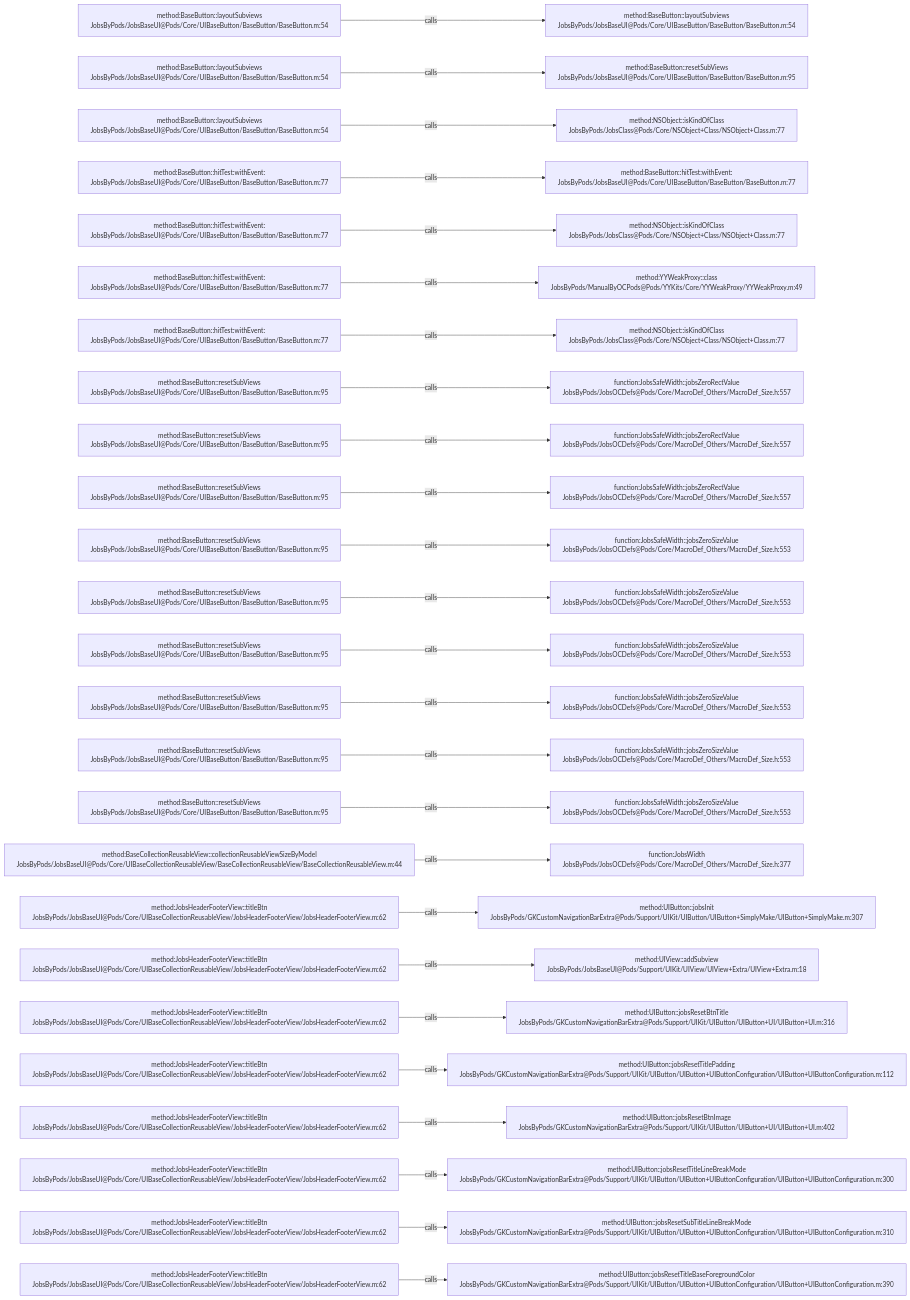
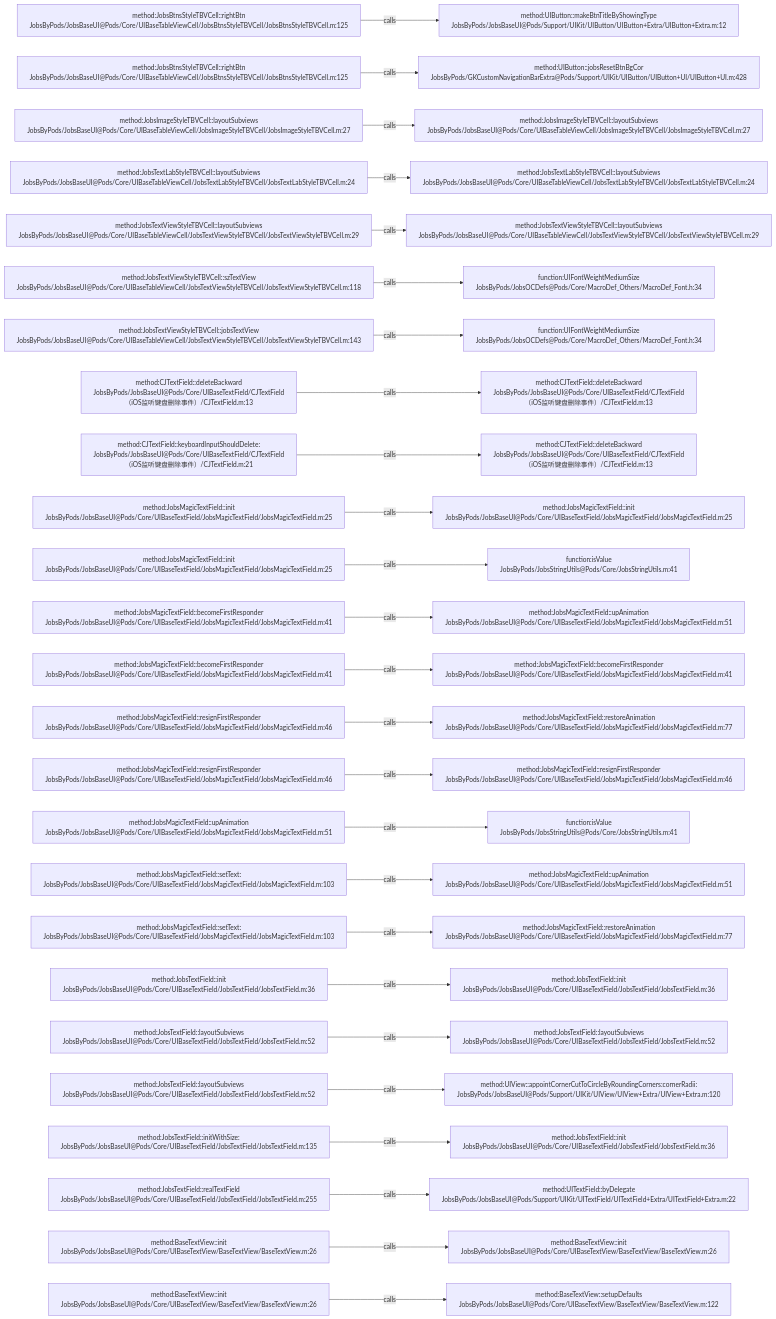
The diagram in .codegraph/codegraph.md/graphs/calls-032.md (JobsKits/JobsOCBaseConfigDemo), drawn with Mermaid before and after one commit. The commit also changed 1026 other files, not shown here.

````diff
--- a/.codegraph/codegraph.md/graphs/calls-032.md
+++ b/.codegraph/codegraph.md/graphs/calls-032.md
@@ -13,78 +13,78 @@
 ```mermaid
 flowchart LR
-  S1["method:BaseButton::layoutSubviews<br/>JobsByPods/JobsBaseUI@Pods/Core/UIBaseButton/BaseButton/BaseButton.m:54"]
-  T1["method:BaseButton::layoutSubviews<br/>JobsByPods/JobsBaseUI@Pods/Core/UIBaseButton/BaseButton/BaseButton.m:54"]
+  S1["method:JobsBtnsStyleTBVCell::rightBtn<br/>JobsByPods/JobsBaseUI@Pods/Core/UIBaseTableViewCell/JobsBtnsStyleTBVCell/JobsBtnsStyleTBVCell.m:125"]
+  T1["method:UIButton::makeBtnTitleByShowingType<br/>JobsByPods/JobsBaseUI@Pods/Support/UIKit/UIButton/UIButton+Extra/UIButton+Extra.m:12"]
   S1 -->|calls| T1
-  S2["method:BaseButton::layoutSubviews<br/>JobsByPods/JobsBaseUI@Pods/Core/UIBaseButton/BaseButton/BaseButton.m:54"]
-  T2["method:BaseButton::resetSubViews<br/>JobsByPods/JobsBaseUI@Pods/Core/UIBaseButton/BaseButton/BaseButton.m:95"]
+  S2["method:JobsBtnsStyleTBVCell::rightBtn<br/>JobsByPods/JobsBaseUI@Pods/Core/UIBaseTableViewCell/JobsBtnsStyleTBVCell/JobsBtnsStyleTBVCell.m:125"]
+  T2["method:UIButton::jobsResetBtnBgCor<br/>JobsByPods/GKCustomNavigationBarExtra@Pods/Support/UIKit/UIButton/UIButton+UI/UIButton+UI.m:428"]
   S2 -->|calls| T2
-  S3["method:BaseButton::layoutSubviews<br/>JobsByPods/JobsBaseUI@Pods/Core/UIBaseButton/BaseButton/BaseButton.m:54"]
-  T3["method:NSObject::isKindOfClass<br/>JobsByPods/JobsClass@Pods/Core/NSObject+Class/NSObject+Class.m:77"]
+  S3["method:JobsImageStyleTBVCell::layoutSubviews<br/>JobsByPods/JobsBaseUI@Pods/Core/UIBaseTableViewCell/JobsImageStyleTBVCell/JobsImageStyleTBVCell.m:27"]
+  T3["method:JobsImageStyleTBVCell::layoutSubviews<br/>JobsByPods/JobsBaseUI@Pods/Core/UIBaseTableViewCell/JobsImageStyleTBVCell/JobsImageStyleTBVCell.m:27"]
   S3 -->|calls| T3
-  S4["method:BaseButton::hitTest:withEvent:<br/>JobsByPods/JobsBaseUI@Pods/Core/UIBaseButton/BaseButton/BaseButton.m:77"]
-  T4["method:BaseButton::hitTest:withEvent:<br/>JobsByPods/JobsBaseUI@Pods/Core/UIBaseButton/BaseButton/BaseButton.m:77"]
+  S4["method:JobsTextLabStyleTBVCell::layoutSubviews<br/>JobsByPods/JobsBaseUI@Pods/Core/UIBaseTableViewCell/JobsTextLabStyleTBVCell/JobsTextLabStyleTBVCell.m:24"]
+  T4["method:JobsTextLabStyleTBVCell::layoutSubviews<br/>JobsByPods/JobsBaseUI@Pods/Core/UIBaseTableViewCell/JobsTextLabStyleTBVCell/JobsTextLabStyleTBVCell.m:24"]
   S4 -->|calls| T4
-  S5["method:BaseButton::hitTest:withEvent:<br/>JobsByPods/JobsBaseUI@Pods/Core/UIBaseButton/BaseButton/BaseButton.m:77"]
-  T5["method:NSObject::isKindOfClass<br/>JobsByPods/JobsClass@Pods/Core/NSObject+Class/NSObject+Class.m:77"]
+  S5["method:JobsTextViewStyleTBVCell::layoutSubviews<br/>JobsByPods/JobsBaseUI@Pods/Core/UIBaseTableViewCell/JobsTextViewStyleTBVCell/JobsTextViewStyleTBVCell.m:29"]
+  T5["method:JobsTextViewStyleTBVCell::layoutSubviews<br/>JobsByPods/JobsBaseUI@Pods/Core/UIBaseTableViewCell/JobsTextViewStyleTBVCell/JobsTextViewStyleTBVCell.m:29"]
   S5 -->|calls| T5
-  S6["method:BaseButton::hitTest:withEvent:<br/>JobsByPods/JobsBaseUI@Pods/Core/UIBaseButton/BaseButton/BaseButton.m:77"]
-  T6["method:YYWeakProxy::class<br/>JobsByPods/ManualByOCPods@Pods/YYKits/Core/YYWeakProxy/YYWeakProxy.m:49"]
+  S6["method:JobsTextViewStyleTBVCell::szTextView<br/>JobsByPods/JobsBaseUI@Pods/Core/UIBaseTableViewCell/JobsTextViewStyleTBVCell/JobsTextViewStyleTBVCell.m:118"]
+  T6["function:UIFontWeightMediumSize<br/>JobsByPods/JobsOCDefs@Pods/Core/MacroDef_Others/MacroDef_Font.h:34"]
   S6 -->|calls| T6
-  S7["method:BaseButton::hitTest:withEvent:<br/>JobsByPods/JobsBaseUI@Pods/Core/UIBaseButton/BaseButton/BaseButton.m:77"]
-  T7["method:NSObject::isKindOfClass<br/>JobsByPods/JobsClass@Pods/Core/NSObject+Class/NSObject+Class.m:77"]
+  S7["method:JobsTextViewStyleTBVCell::jobsTextView<br/>JobsByPods/JobsBaseUI@Pods/Core/UIBaseTableViewCell/JobsTextViewStyleTBVCell/JobsTextViewStyleTBVCell.m:143"]
+  T7["function:UIFontWeightMediumSize<br/>JobsByPods/JobsOCDefs@Pods/Core/MacroDef_Others/MacroDef_Font.h:34"]
   S7 -->|calls| T7
-  S8["method:BaseButton::resetSubViews<br/>JobsByPods/JobsBaseUI@Pods/Core/UIBaseButton/BaseButton/BaseButton.m:95"]
-  T8["function:JobsSafeWidth::jobsZeroRectValue<br/>JobsByPods/JobsOCDefs@Pods/Core/MacroDef_Others/MacroDef_Size.h:557"]
+  S8["method:CJTextField::deleteBackward<br/>JobsByPods/JobsBaseUI@Pods/Core/UIBaseTextField/CJTextField（iOS监听键盘删除事件）/CJTextField.m:13"]
+  T8["method:CJTextField::deleteBackward<br/>JobsByPods/JobsBaseUI@Pods/Core/UIBaseTextField/CJTextField（iOS监听键盘删除事件）/CJTextField.m:13"]
   S8 -->|calls| T8
-  S9["method:BaseButton::resetSubViews<br/>JobsByPods/JobsBaseUI@Pods/Core/UIBaseButton/BaseButton/BaseButton.m:95"]
-  T9["function:JobsSafeWidth::jobsZeroRectValue<br/>JobsByPods/JobsOCDefs@Pods/Core/MacroDef_Others/MacroDef_Size.h:557"]
+  S9["method:CJTextField::keyboardInputShouldDelete:<br/>JobsByPods/JobsBaseUI@Pods/Core/UIBaseTextField/CJTextField（iOS监听键盘删除事件）/CJTextField.m:21"]
+  T9["method:CJTextField::deleteBackward<br/>JobsByPods/JobsBaseUI@Pods/Core/UIBaseTextField/CJTextField（iOS监听键盘删除事件）/CJTextField.m:13"]
   S9 -->|calls| T9
-  S10["method:BaseButton::resetSubViews<br/>JobsByPods/JobsBaseUI@Pods/Core/UIBaseButton/BaseButton/BaseButton.m:95"]
-  T10["function:JobsSafeWidth::jobsZeroRectValue<br/>JobsByPods/JobsOCDefs@Pods/Core/MacroDef_Others/MacroDef_Size.h:557"]
+  S10["method:JobsMagicTextField::init<br/>JobsByPods/JobsBaseUI@Pods/Core/UIBaseTextField/JobsMagicTextField/JobsMagicTextField.m:25"]
+  T10["method:JobsMagicTextField::init<br/>JobsByPods/JobsBaseUI@Pods/Core/UIBaseTextField/JobsMagicTextField/JobsMagicTextField.m:25"]
   S10 -->|calls| T10
-  S11["method:BaseButton::resetSubViews<br/>JobsByPods/JobsBaseUI@Pods/Core/UIBaseButton/BaseButton/BaseButton.m:95"]
-  T11["function:JobsSafeWidth::jobsZeroSizeValue<br/>JobsByPods/JobsOCDefs@Pods/Core/MacroDef_Others/MacroDef_Size.h:553"]
+  S11["method:JobsMagicTextField::init<br/>JobsByPods/JobsBaseUI@Pods/Core/UIBaseTextField/JobsMagicTextField/JobsMagicTextField.m:25"]
+  T11["function:isValue<br/>JobsByPods/JobsStringUtils@Pods/Core/JobsStringUtils.m:41"]
   S11 -->|calls| T11
-  S12["method:BaseButton::resetSubViews<br/>JobsByPods/JobsBaseUI@Pods/Core/UIBaseButton/BaseButton/BaseButton.m:95"]
-  T12["function:JobsSafeWidth::jobsZeroSizeValue<br/>JobsByPods/JobsOCDefs@Pods/Core/MacroDef_Others/MacroDef_Size.h:553"]
+  S12["method:JobsMagicTextField::becomeFirstResponder<br/>JobsByPods/JobsBaseUI@Pods/Core/UIBaseTextField/JobsMagicTextField/JobsMagicTextField.m:41"]
+  T12["method:JobsMagicTextField::upAnimation<br/>JobsByPods/JobsBaseUI@Pods/Core/UIBaseTextField/JobsMagicTextField/JobsMagicTextField.m:51"]
   S12 -->|calls| T12
-  S13["method:BaseButton::resetSubViews<br/>JobsByPods/JobsBaseUI@Pods/Core/UIBaseButton/BaseButton/BaseButton.m:95"]
-  T13["function:JobsSafeWidth::jobsZeroSizeValue<br/>JobsByPods/JobsOCDefs@Pods/Core/MacroDef_Others/MacroDef_Size.h:553"]
+  S13["method:JobsMagicTextField::becomeFirstResponder<br/>JobsByPods/JobsBaseUI@Pods/Core/UIBaseTextField/JobsMagicTextField/JobsMagicTextField.m:41"]
+  T13["method:JobsMagicTextField::becomeFirstResponder<br/>JobsByPods/JobsBaseUI@Pods/Core/UIBaseTextField/JobsMagicTextField/JobsMagicTextField.m:41"]
   S13 -->|calls| T13
-  S14["method:BaseButton::resetSubViews<br/>JobsByPods/JobsBaseUI@Pods/Core/UIBaseButton/BaseButton/BaseButton.m:95"]
-  T14["function:JobsSafeWidth::jobsZeroSizeValue<br/>JobsByPods/JobsOCDefs@Pods/Core/MacroDef_Others/MacroDef_Size.h:553"]
+  S14["method:JobsMagicTextField::resignFirstResponder<br/>JobsByPods/JobsBaseUI@Pods/Core/UIBaseTextField/JobsMagicTextField/JobsMagicTextField.m:46"]
+  T14["method:JobsMagicTextField::restoreAnimation<br/>JobsByPods/JobsBaseUI@Pods/Core/UIBaseTextField/JobsMagicTextField/JobsMagicTextField.m:77"]
   S14 -->|calls| T14
-  S15["method:BaseButton::resetSubViews<br/>JobsByPods/JobsBaseUI@Pods/Core/UIBaseButton/BaseButton/BaseButton.m:95"]
-  T15["function:JobsSafeWidth::jobsZeroSizeValue<br/>JobsByPods/JobsOCDefs@Pods/Core/MacroDef_Others/MacroDef_Size.h:553"]
+  S15["method:JobsMagicTextField::resignFirstResponder<br/>JobsByPods/JobsBaseUI@Pods/Core/UIBaseTextField/JobsMagicTextField/JobsMagicTextField.m:46"]
+  T15["method:JobsMagicTextField::resignFirstResponder<br/>JobsByPods/JobsBaseUI@Pods/Core/UIBaseTextField/JobsMagicTextField/JobsMagicTextField.m:46"]
   S15 -->|calls| T15
-  S16["method:BaseButton::resetSubViews<br/>JobsByPods/JobsBaseUI@Pods/Core/UIBaseButton/BaseButton/BaseButton.m:95"]
-  T16["function:JobsSafeWidth::jobsZeroSizeValue<br/>JobsByPods/JobsOCDefs@Pods/Core/MacroDef_Others/MacroDef_Size.h:553"]
+  S16["method:JobsMagicTextField::upAnimation<br/>JobsByPods/JobsBaseUI@Pods/Core/UIBaseTextField/JobsMagicTextField/JobsMagicTextField.m:51"]
+  T16["function:isValue<br/>JobsByPods/JobsStringUtils@Pods/Core/JobsStringUtils.m:41"]
   S16 -->|calls| T16
-  S17["method:BaseCollectionReusableView::collectionReusableViewSizeByModel<br/>JobsByPods/JobsBaseUI@Pods/Core/UIBaseCollectionReusableView/BaseCollectionReusableView/BaseCollectionReusableView.m:44"]
-  T17["function:JobsWidth<br/>JobsByPods/JobsOCDefs@Pods/Core/MacroDef_Others/MacroDef_Size.h:377"]
+  S17["method:JobsMagicTextField::setText:<br/>JobsByPods/JobsBaseUI@Pods/Core/UIBaseTextField/JobsMagicTextField/JobsMagicTextField.m:103"]
+  T17["method:JobsMagicTextField::upAnimation<br/>JobsByPods/JobsBaseUI@Pods/Core/UIBaseTextField/JobsMagicTextField/JobsMagicTextField.m:51"]
   S17 -->|calls| T17
-  S18["method:JobsHeaderFooterView::titleBtn<br/>JobsByPods/JobsBaseUI@Pods/Core/UIBaseCollectionReusableView/JobsHeaderFooterView/JobsHeaderFooterView.m:62"]
-  T18["method:UIButton::jobsInit<br/>JobsByPods/GKCustomNavigationBarExtra@Pods/Support/UIKit/UIButton/UIButton+SimplyMake/UIButton+SimplyMake.m:307"]
+  S18["method:JobsMagicTextField::setText:<br/>JobsByPods/JobsBaseUI@Pods/Core/UIBaseTextField/JobsMagicTextField/JobsMagicTextField.m:103"]
+  T18["method:JobsMagicTextField::restoreAnimation<br/>JobsByPods/JobsBaseUI@Pods/Core/UIBaseTextField/JobsMagicTextField/JobsMagicTextField.m:77"]
   S18 -->|calls| T18
-  S19["method:JobsHeaderFooterView::titleBtn<br/>JobsByPods/JobsBaseUI@Pods/Core/UIBaseCollectionReusableView/JobsHeaderFooterView/JobsHeaderFooterView.m:62"]
-  T19["method:UIView::addSubview<br/>JobsByPods/JobsBaseUI@Pods/Support/UIKit/UIView/UIView+Extra/UIView+Extra.m:18"]
+  S19["method:JobsTextField::init<br/>JobsByPods/JobsBaseUI@Pods/Core/UIBaseTextField/JobsTextField/JobsTextField.m:36"]
+  T19["method:JobsTextField::init<br/>JobsByPods/JobsBaseUI@Pods/Core/UIBaseTextField/JobsTextField/JobsTextField.m:36"]
   S19 -->|calls| T19
-  S20["method:JobsHeaderFooterView::titleBtn<br/>JobsByPods/JobsBaseUI@Pods/Core/UIBaseCollectionReusableView/JobsHeaderFooterView/JobsHeaderFooterView.m:62"]
-  T20["method:UIButton::jobsResetBtnTitle<br/>JobsByPods/GKCustomNavigationBarExtra@Pods/Support/UIKit/UIButton/UIButton+UI/UIButton+UI.m:316"]
+  S20["method:JobsTextField::layoutSubviews<br/>JobsByPods/JobsBaseUI@Pods/Core/UIBaseTextField/JobsTextField/JobsTextField.m:52"]
+  T20["method:JobsTextField::layoutSubviews<br/>JobsByPods/JobsBaseUI@Pods/Core/UIBaseTextField/JobsTextField/JobsTextField.m:52"]
   S20 -->|calls| T20
-  S21["method:JobsHeaderFooterView::titleBtn<br/>JobsByPods/JobsBaseUI@Pods/Core/UIBaseCollectionReusableView/JobsHeaderFooterView/JobsHeaderFooterView.m:62"]
-  T21["method:UIButton::jobsResetTitlePadding<br/>JobsByPods/GKCustomNavigationBarExtra@Pods/Support/UIKit/UIButton/UIButton+UIButtonConfiguration/UIButton+UIButtonConfiguration.m:112"]
+  S21["method:JobsTextField::layoutSubviews<br/>JobsByPods/JobsBaseUI@Pods/Core/UIBaseTextField/JobsTextField/JobsTextField.m:52"]
+  T21["method:UIView::appointCornerCutToCircleByRoundingCorners:cornerRadii:<br/>JobsByPods/JobsBaseUI@Pods/Support/UIKit/UIView/UIView+Extra/UIView+Extra.m:120"]
   S21 -->|calls| T21
-  S22["method:JobsHeaderFooterView::titleBtn<br/>JobsByPods/JobsBaseUI@Pods/Core/UIBaseCollectionReusableView/JobsHeaderFooterView/JobsHeaderFooterView.m:62"]
-  T22["method:UIButton::jobsResetBtnImage<br/>JobsByPods/GKCustomNavigationBarExtra@Pods/Support/UIKit/UIButton/UIButton+UI/UIButton+UI.m:402"]
+  S22["method:JobsTextField::initWithSize:<br/>JobsByPods/JobsBaseUI@Pods/Core/UIBaseTextField/JobsTextField/JobsTextField.m:135"]
+  T22["method:JobsTextField::init<br/>JobsByPods/JobsBaseUI@Pods/Core/UIBaseTextField/JobsTextField/JobsTextField.m:36"]
   S22 -->|calls| T22
-  S23["method:JobsHeaderFooterView::titleBtn<br/>JobsByPods/JobsBaseUI@Pods/Core/UIBaseCollectionReusableView/JobsHeaderFooterView/JobsHeaderFooterView.m:62"]
-  T23["method:UIButton::jobsResetTitleLineBreakMode<br/>JobsByPods/GKCustomNavigationBarExtra@Pods/Support/UIKit/UIButton/UIButton+UIButtonConfiguration/UIButton+UIButtonConfiguration.m:300"]
+  S23["method:JobsTextField::realTextField<br/>JobsByPods/JobsBaseUI@Pods/Core/UIBaseTextField/JobsTextField/JobsTextField.m:255"]
+  T23["method:UITextField::byDelegate<br/>JobsByPods/JobsBaseUI@Pods/Support/UIKit/UITextField/UITextField+Extra/UITextField+Extra.m:22"]
   S23 -->|calls| T23
-  S24["method:JobsHeaderFooterView::titleBtn<br/>JobsByPods/JobsBaseUI@Pods/Core/UIBaseCollectionReusableView/JobsHeaderFooterView/JobsHeaderFooterView.m:62"]
-  T24["method:UIButton::jobsResetSubTitleLineBreakMode<br/>JobsByPods/GKCustomNavigationBarExtra@Pods/Support/UIKit/UIButton/UIButton+UIButtonConfiguration/UIButton+UIButtonConfiguration.m:310"]
+  S24["method:BaseTextView::init<br/>JobsByPods/JobsBaseUI@Pods/Core/UIBaseTextView/BaseTextView/BaseTextView.m:26"]
+  T24["method:BaseTextView::init<br/>JobsByPods/JobsBaseUI@Pods/Core/UIBaseTextView/BaseTextView/BaseTextView.m:26"]
   S24 -->|calls| T24
-  S25["method:JobsHeaderFooterView::titleBtn<br/>JobsByPods/JobsBaseUI@Pods/Core/UIBaseCollectionReusableView/JobsHeaderFooterView/JobsHeaderFooterView.m:62"]
-  T25["method:UIButton::jobsResetTitleBaseForegroundColor<br/>JobsByPods/GKCustomNavigationBarExtra@Pods/Support/UIKit/UIButton/UIButton+UIButtonConfiguration/UIButton+UIButtonConfiguration.m:390"]
+  S25["method:BaseTextView::init<br/>JobsByPods/JobsBaseUI@Pods/Core/UIBaseTextView/BaseTextView/BaseTextView.m:26"]
+  T25["method:BaseTextView::setupDefaults<br/>JobsByPods/JobsBaseUI@Pods/Core/UIBaseTextView/BaseTextView/BaseTextView.m:122"]
   S25 -->|calls| T25
 ```
````
